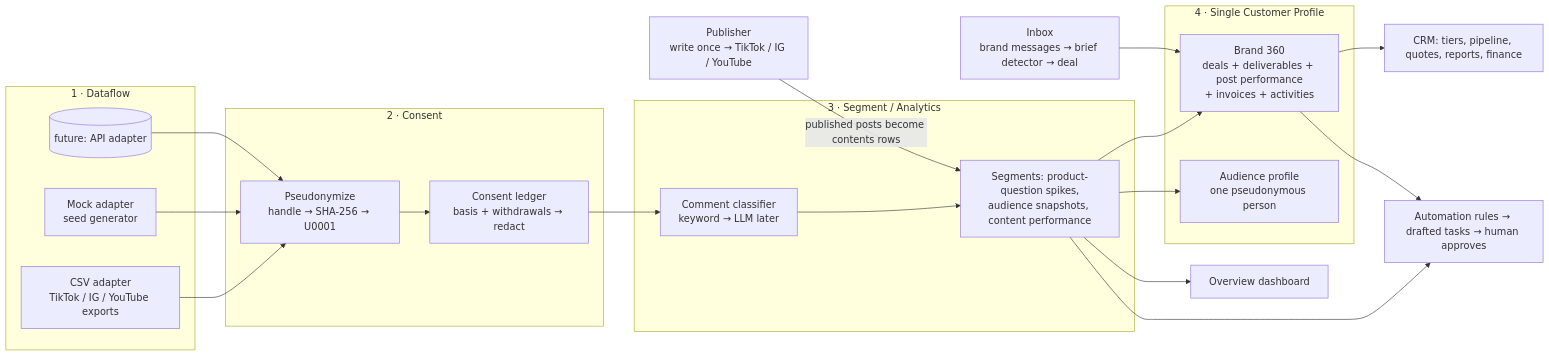
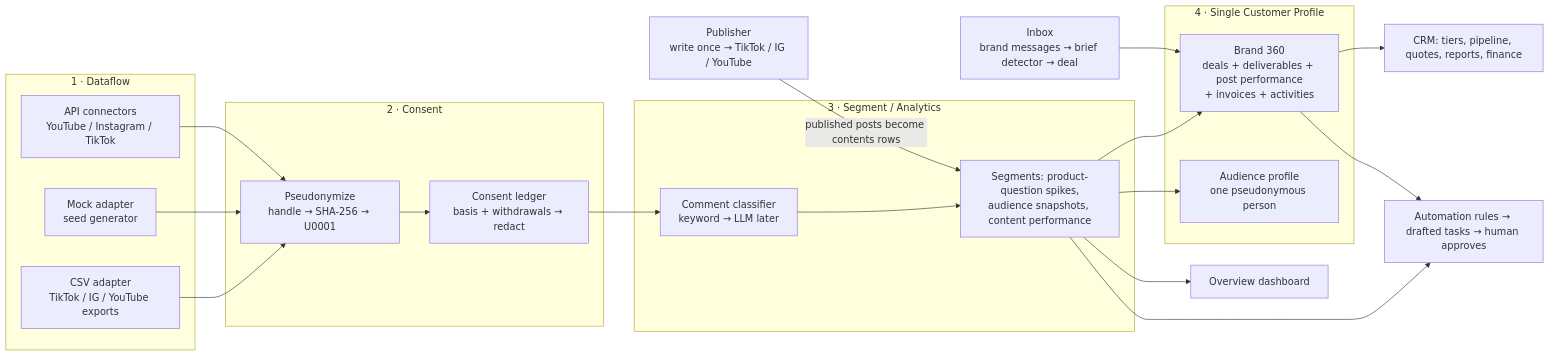
Before and after one commit to natdanice/Creator-OS: the first of 2 diagrams in README.md, drawn with Mermaid. The commit also changed other lines of this file, not shown here.

````diff
--- a/README.md
+++ b/README.md
@@ -94,27 +128,27 @@
 ```mermaid
 flowchart LR
   subgraph S1["1 · Dataflow"]
     A1[CSV adapter<br/>TikTok / IG / YouTube exports]
     A2[Mock adapter<br/>seed generator]
-    A3[(future: API adapter)]
+    A3[API connectors<br/>YouTube / Instagram / TikTok]
   end
   subgraph S2["2 · Consent"]
     P[Pseudonymize<br/>handle → SHA-256 → U0001]
     C[Consent ledger<br/>basis + withdrawals → redact]
   end
   subgraph S3["3 · Segment / Analytics"]
     K[Comment classifier<br/>keyword → LLM later]
     G[Segments: product-question spikes,<br/>audience snapshots, content performance]
   end
   subgraph S4["4 · Single Customer Profile"]
     B[Brand 360<br/>deals + deliverables + post performance<br/>+ invoices + activities]
     AP[Audience profile<br/>one pseudonymous person]
   end
   A1 & A2 & A3 --> P --> C --> K --> G --> B
   G --> O[Overview dashboard]
   PB[Publisher<br/>write once → TikTok / IG / YouTube] -- "published posts become contents rows" --> G
   G --> AP
   B --> R[CRM: tiers, pipeline, quotes, reports, finance]
   I[Inbox<br/>brand messages → brief detector → deal] --> B
   G & B --> X[Automation rules → drafted tasks → human approves]
 ```
````
